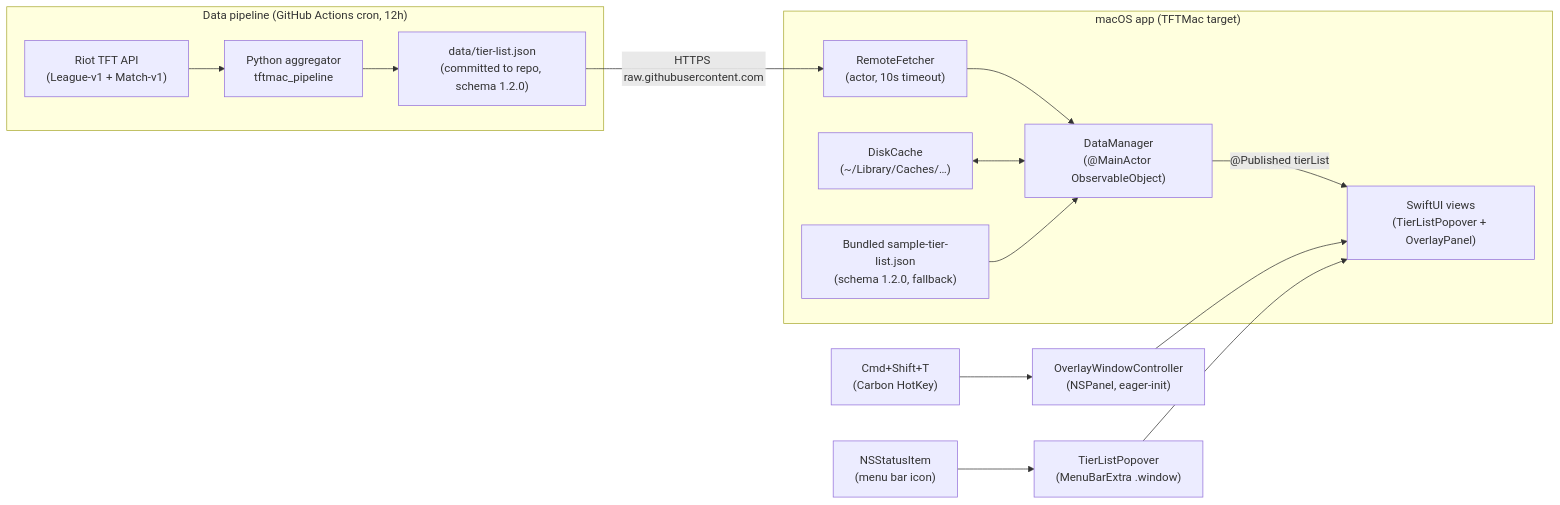
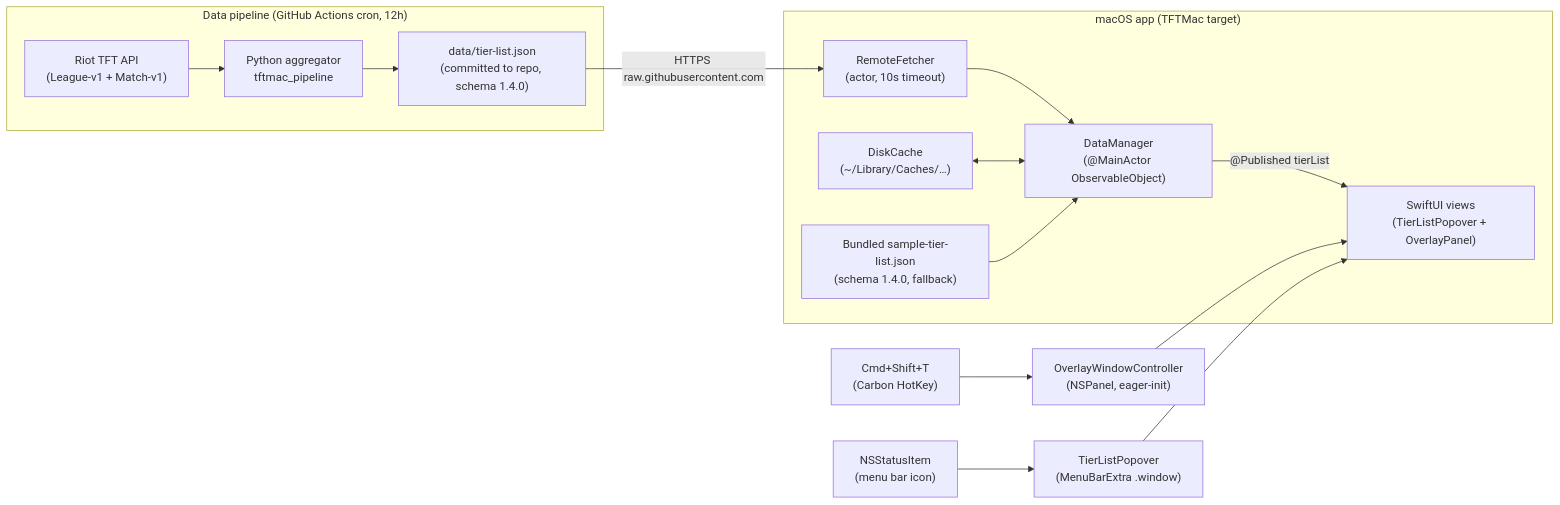
One commit to psychomafia-tiger/tft-hell-elo-for-macos changed the first of 2 diagrams in docs/system-architecture.md. Above: the diagram before and after it, drawn with Mermaid. The commit also changed other lines of this file and 3 other files, not shown here.

````diff
--- a/docs/system-architecture.md
+++ b/docs/system-architecture.md
@@ -15,20 +15,20 @@
 ```mermaid
 flowchart LR
     subgraph pipeline ["Data pipeline (GitHub Actions cron, 12h)"]
         R["Riot TFT API\n(League-v1 + Match-v1)"] --> AG["Python aggregator\ntftmac_pipeline"]
-        AG --> TL["data/tier-list.json\n(committed to repo, schema 1.2.0)"]
+        AG --> TL["data/tier-list.json\n(committed to repo, schema 1.4.0)"]
     end
 
     subgraph app ["macOS app (TFTMac target)"]
         TL -->|"HTTPS raw.githubusercontent.com"| RF["RemoteFetcher\n(actor, 10s timeout)"]
         RF --> DM["DataManager\n(@MainActor ObservableObject)"]
         DC["DiskCache\n(~/Library/Caches/…)"] <--> DM
-        BU["Bundled sample-tier-list.json\n(schema 1.2.0, fallback)"] --> DM
+        BU["Bundled sample-tier-list.json\n(schema 1.4.0, fallback)"] --> DM
         DM -->|"@Published tierList"| UI["SwiftUI views\n(TierListPopover + OverlayPanel)"]
     end
 
     HK["Cmd+Shift+T\n(Carbon HotKey)"] --> OWC["OverlayWindowController\n(NSPanel, eager-init)"]
     OWC --> UI
     MBAR["NSStatusItem\n(menu bar icon)"] --> POP["TierListPopover\n(MenuBarExtra .window)"]
     POP --> UI
 ```
````
